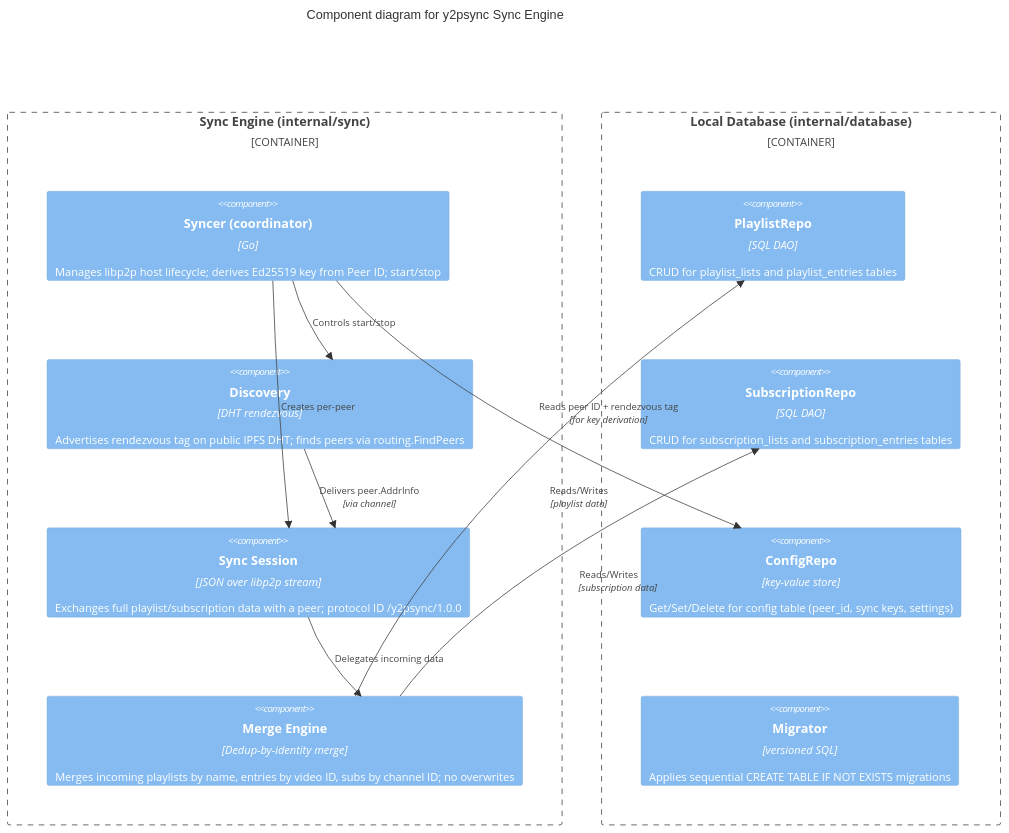
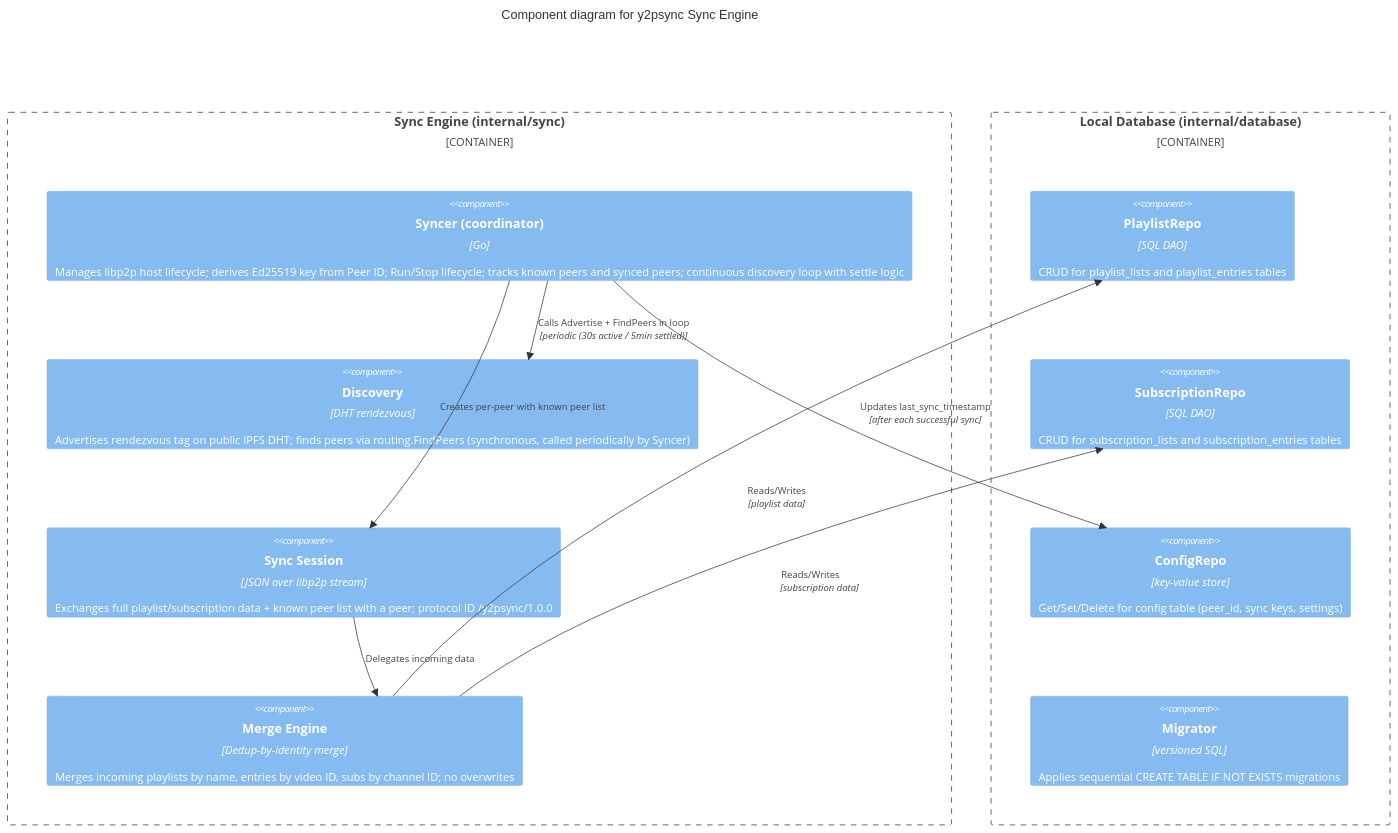
The third of 7 diagrams in docs/software-architecture-document.md (adamfitz/y2psync), drawn with Mermaid before and after one commit. The commit also changed other lines of this file and 8 other files, not shown here.

Commit message:
add p2p sync logic and doc updates

````diff
--- a/docs/software-architecture-document.md
+++ b/docs/software-architecture-document.md
@@ -233,28 +235,28 @@
 ```mermaid
 C4Component
   title Component diagram for y2psync Sync Engine
 
   Container_Boundary(sync_engine, "Sync Engine (internal/sync)") {
-    Component(syncer, "Syncer (coordinator)", "Go", "Manages libp2p host lifecycle; derives Ed25519 key from Peer ID; start/stop")
-    Component(discovery, "Discovery", "DHT rendezvous", "Advertises rendezvous tag on public IPFS DHT; finds peers via routing.FindPeers")
-    Component(sync_session, "Sync Session", "JSON over libp2p stream", "Exchanges full playlist/subscription data with a peer; protocol ID /y2psync/1.0.0")
+    Component(syncer, "Syncer (coordinator)", "Go", "Manages libp2p host lifecycle; derives Ed25519 key from Peer ID; Run/Stop lifecycle; tracks known peers and synced peers; continuous discovery loop with settle logic")
+    Component(discovery, "Discovery", "DHT rendezvous", "Advertises rendezvous tag on public IPFS DHT; finds peers via routing.FindPeers (synchronous, called periodically by Syncer)")
+    Component(sync_session, "Sync Session", "JSON over libp2p stream", "Exchanges full playlist/subscription data + known peer list with a peer; protocol ID /y2psync/1.0.0")
     Component(merge, "Merge Engine", "Dedup-by-identity merge", "Merges incoming playlists by name, entries by video ID, subs by channel ID; no overwrites")
   }
 
   Container_Boundary(db, "Local Database (internal/database)") {
     Component(playlist_repo, "PlaylistRepo", "SQL DAO", "CRUD for playlist_lists and playlist_entries tables")
     Component(sub_repo, "SubscriptionRepo", "SQL DAO", "CRUD for subscription_lists and subscription_entries tables")
     Component(config_repo, "ConfigRepo", "key-value store", "Get/Set/Delete for config table (peer_id, sync keys, settings)")
     Component(migrator, "Migrator", "versioned SQL", "Applies sequential CREATE TABLE IF NOT EXISTS migrations")
   }
 
-  Rel(discovery, sync_session, "Delivers peer.AddrInfo", "via channel")
-  Rel(syncer, discovery, "Controls start/stop", "")
-  Rel(syncer, sync_session, "Creates per-peer", "")
+  Rel(syncer, discovery, "Calls Advertise + FindPeers in loop", "periodic (30s active / 5min settled)")
+  Rel(syncer, sync_session, "Creates per-peer with known peer list", "")
   Rel(sync_session, merge, "Delegates incoming data", "")
   Rel(merge, playlist_repo, "Reads/Writes", "playlist data")
   Rel(merge, sub_repo, "Reads/Writes", "subscription data")
   Rel(syncer, config_repo, "Reads peer ID + rendezvous tag", "for key derivation")
+  Rel(syncer, config_repo, "Updates last_sync_timestamp", "after each successful sync")
 
   UpdateLayoutConfig($c4ShapeInRow="3", $c4BoundaryInRow="2")
 ```
````
